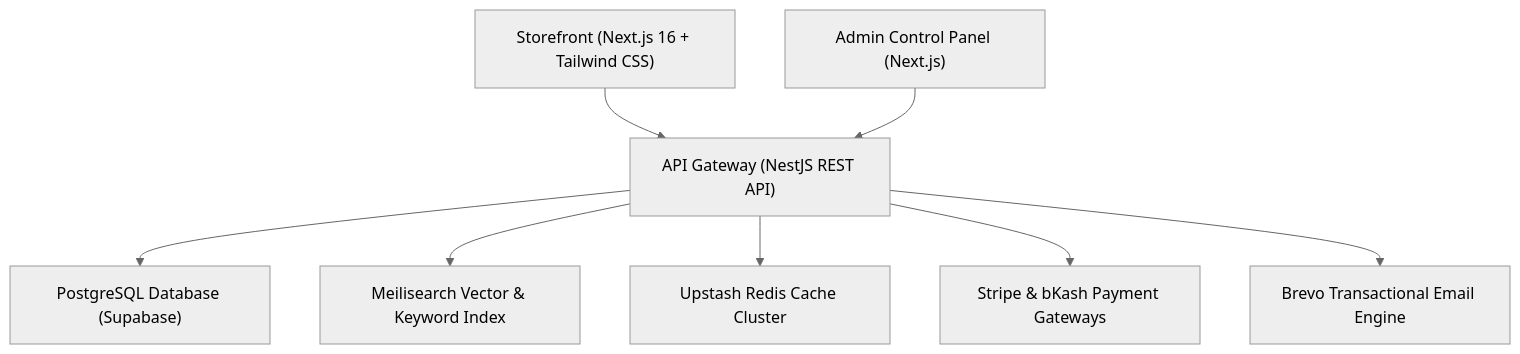
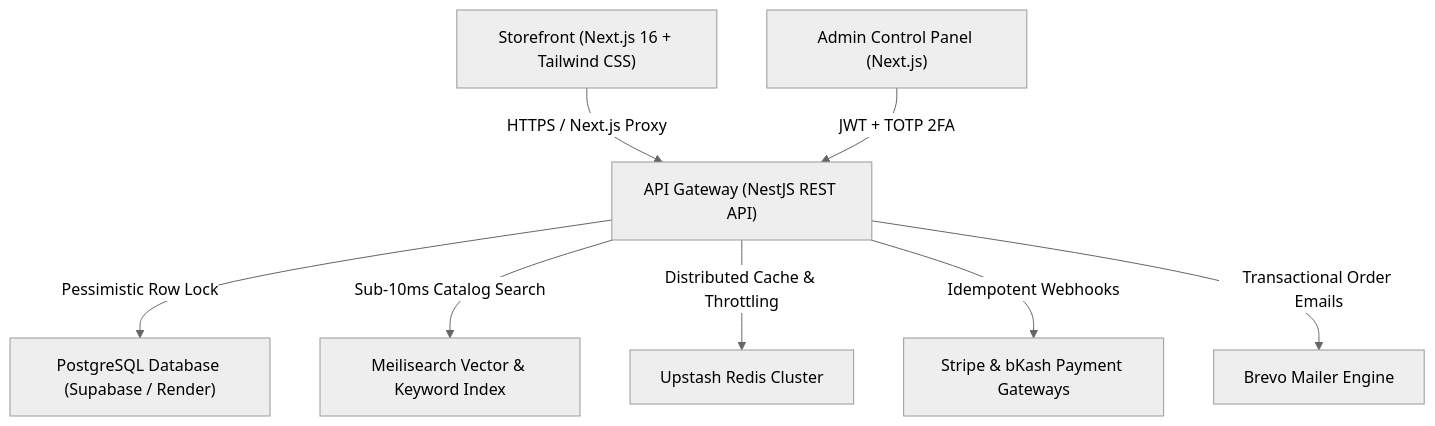
One commit to UMARMUKTHAR03/ecommerce-platform changed the diagram in README.md. Above: the diagram before and after it, drawn with Mermaid (neutral theme). The commit also changed other lines of this file and 31 other files, not shown here.

Commit message:
feat(core): complete BazaarFlow LUXE full-stack architecture, database schema, payments & tests

````diff
--- a/README.md
+++ b/README.md
@@ -42,10 +43,10 @@
 ```mermaid
 graph TD
-    A["Storefront (Next.js 16 + Tailwind CSS)"] --> B["API Gateway (NestJS REST API)"]
-    C["Admin Control Panel (Next.js)"] --> B
-    B --> D["PostgreSQL Database (Supabase)"]
-    B --> E["Meilisearch Vector & Keyword Index"]
-    B --> F["Upstash Redis Cache Cluster"]
-    B --> G["Stripe & bKash Payment Gateways"]
-    B --> H["Brevo Transactional Email Engine"]
+    A["Storefront (Next.js 16 + Tailwind CSS)"] -->|HTTPS / Next.js Proxy| B["API Gateway (NestJS REST API)"]
+    C["Admin Control Panel (Next.js)"] -->|JWT + TOTP 2FA| B
+    B -->|Pessimistic Row Lock| D["PostgreSQL Database (Supabase / Render)"]
+    B -->|Sub-10ms Catalog Search| E["Meilisearch Vector & Keyword Index"]
+    B -->|Distributed Cache & Throttling| F["Upstash Redis Cluster"]
+    B -->|Idempotent Webhooks| G["Stripe & bKash Payment Gateways"]
+    B -->|Transactional Order Emails| H["Brevo Mailer Engine"]
 ```
````
